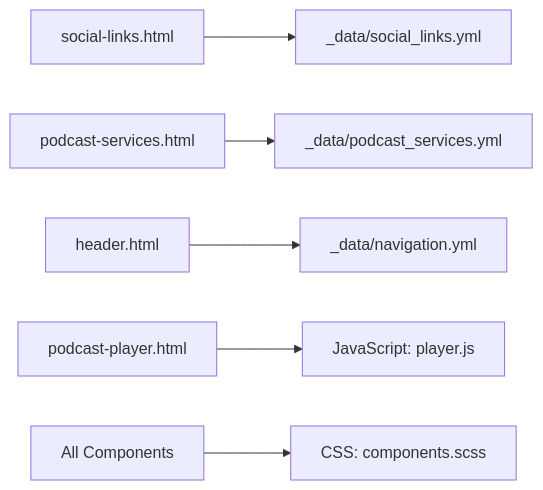
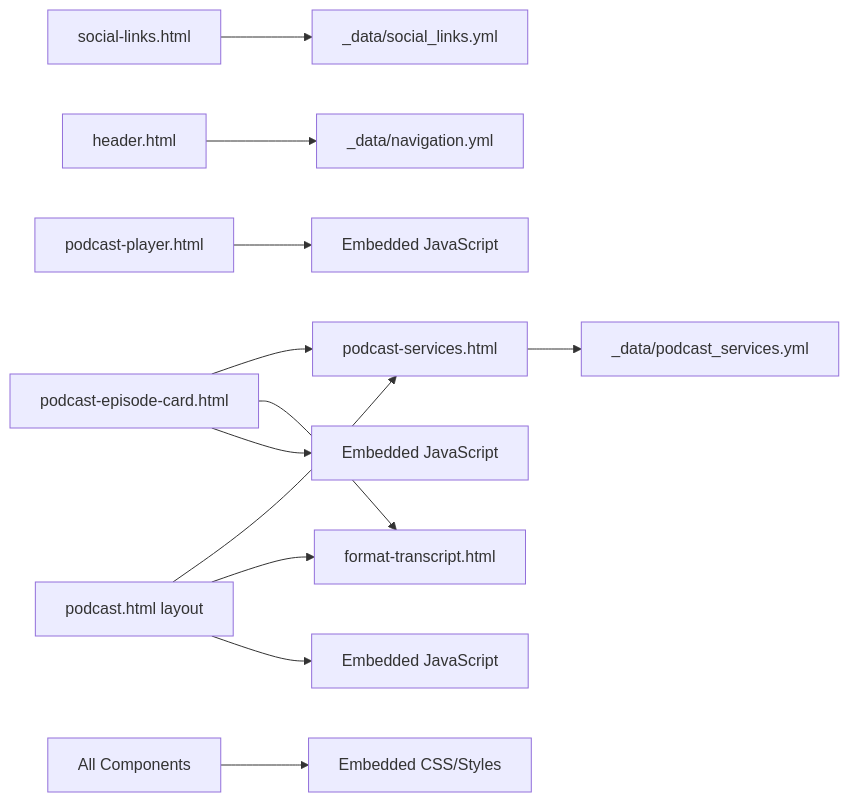
One commit to ScopeCreep-zip/website changed the third of 3 diagrams in docs/components/includes.md. Above: the diagram before and after it, drawn with Mermaid. The commit also changed other lines of this file and 34 other files, not shown here.

````diff
--- a/docs/components/includes.md
+++ b/docs/components/includes.md
@@ -355,8 +458,14 @@
 ```mermaid
 graph LR
     A[social-links.html] --> B[_data/social_links.yml]
     C[podcast-services.html] --> D[_data/podcast_services.yml]
     E[header.html] --> F[_data/navigation.yml]
-    G[podcast-player.html] --> H[JavaScript: player.js]
-    I[All Components] --> J[CSS: components.scss]
+    G[podcast-player.html] --> H[Embedded JavaScript]
+    I[podcast-episode-card.html] --> C
+    I --> J[format-transcript.html]
+    I --> K[Embedded JavaScript]
+    L[podcast.html layout] --> C
+    L --> J
+    L --> M[Embedded JavaScript]
+    N[All Components] --> O[Embedded CSS/Styles]
 ```
````
